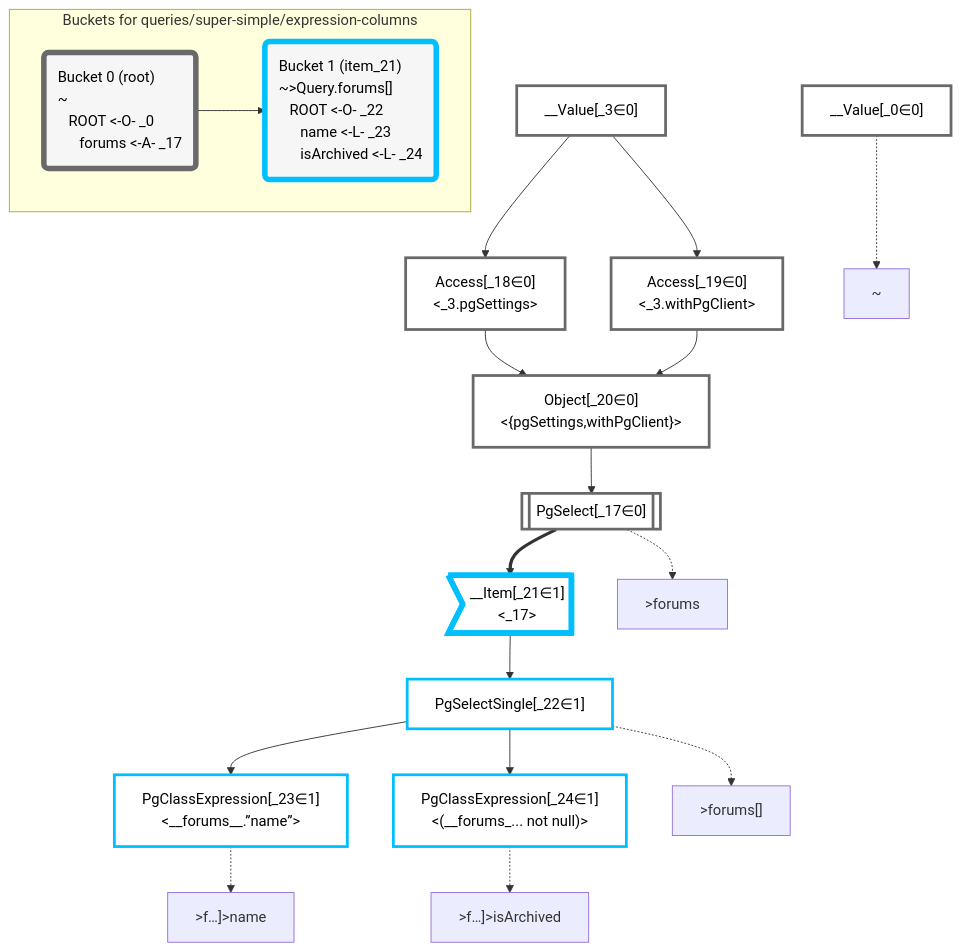
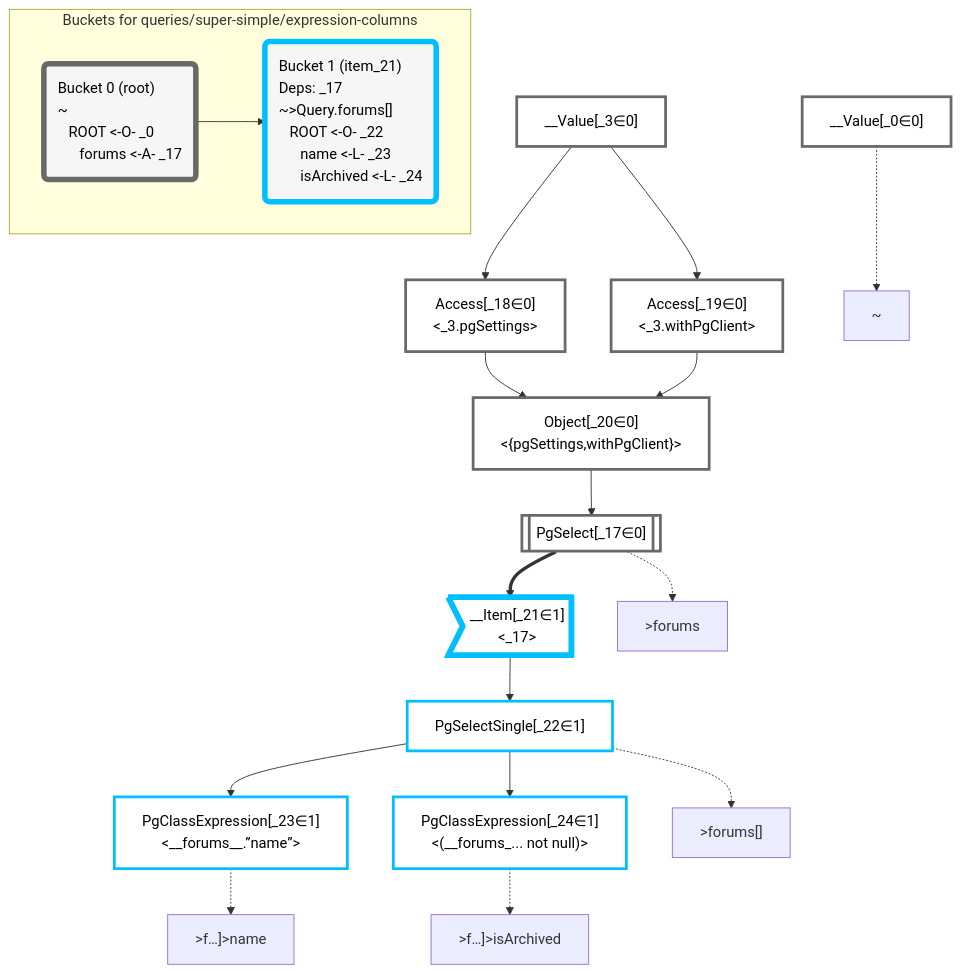
One commit to graphile/crystal changed the diagram in packages/dataplan-pg/__tests__/queries/super-simple/expression-columns.mermaid.md. Above: the diagram before and after it, drawn with Mermaid. The commit also changed 157 other files, not shown here.

Commit message:
Add deps to all query snapshots

````diff
--- a/packages/dataplan-pg/__tests__/queries/super-simple/expression-columns.mermaid.md
+++ b/packages/dataplan-pg/__tests__/queries/super-simple/expression-columns.mermaid.md
@@ -1,58 +1,58 @@
 ```mermaid
 graph TD
     classDef path fill:#eee,stroke:#000,color:#000
     classDef plan fill:#fff,stroke-width:3px,color:#000
     classDef itemplan fill:#fff,stroke-width:6px,color:#000
     classDef sideeffectplan fill:#f00,stroke-width:6px,color:#000
     classDef bucket fill:#f6f6f6,color:#000,stroke-width:6px,text-align:left
 
 
     %% define plans
     __Value_0["__Value[_0∈0]"]:::plan
     __Value_3["__Value[_3∈0]<br /><context>"]:::plan
     PgSelect_17[["PgSelect[_17∈0]<br /><forums>"]]:::plan
     Access_18["Access[_18∈0]<br /><_3.pgSettings>"]:::plan
     Access_19["Access[_19∈0]<br /><_3.withPgClient>"]:::plan
     Object_20["Object[_20∈0]<br /><{pgSettings,withPgClient}>"]:::plan
     __Item_21>"__Item[_21∈1]<br /><_17>"]:::itemplan
     PgSelectSingle_22["PgSelectSingle[_22∈1]<br /><forums>"]:::plan
     PgClassExpression_23["PgClassExpression[_23∈1]<br /><__forums__.”name”>"]:::plan
     PgClassExpression_24["PgClassExpression[_24∈1]<br /><(__forums_... not null)>"]:::plan
 
     %% plan dependencies
     Object_20 --> PgSelect_17
     __Value_3 --> Access_18
     __Value_3 --> Access_19
     Access_18 --> Object_20
     Access_19 --> Object_20
     PgSelect_17 ==> __Item_21
     __Item_21 --> PgSelectSingle_22
     PgSelectSingle_22 --> PgClassExpression_23
     PgSelectSingle_22 --> PgClassExpression_24
 
     %% plan-to-path relationships
     P_0["~"]
     __Value_0 -.-> P_0
     P_17[">forums"]
     PgSelect_17 -.-> P_17
     P_22[">forums[]"]
     PgSelectSingle_22 -.-> P_22
     P_23[">f…]>name"]
     PgClassExpression_23 -.-> P_23
     P_24[">f…]>isArchived"]
     PgClassExpression_24 -.-> P_24
 
     %% allocate buckets
     classDef bucket0 stroke:#696969
     class __Value_0,__Value_3,PgSelect_17,Access_18,Access_19,Object_20 bucket0
     classDef bucket1 stroke:#00bfff
     class __Item_21,PgSelectSingle_22,PgClassExpression_23,PgClassExpression_24 bucket1
 
     subgraph "Buckets for queries/super-simple/expression-columns"
     Bucket0("Bucket 0 (root)<br />~<br />⠀ROOT <-O- _0<br />⠀⠀forums <-A- _17"):::bucket
     style Bucket0 stroke:#696969
-    Bucket1("Bucket 1 (item_21)<br />~>Query.forums[]<br />⠀ROOT <-O- _22<br />⠀⠀name <-L- _23<br />⠀⠀isArchived <-L- _24"):::bucket
+    Bucket1("Bucket 1 (item_21)<br />Deps: _17<br />~>Query.forums[]<br />⠀ROOT <-O- _22<br />⠀⠀name <-L- _23<br />⠀⠀isArchived <-L- _24"):::bucket
     style Bucket1 stroke:#00bfff
     Bucket0 --> Bucket1
     end
 ```
````
